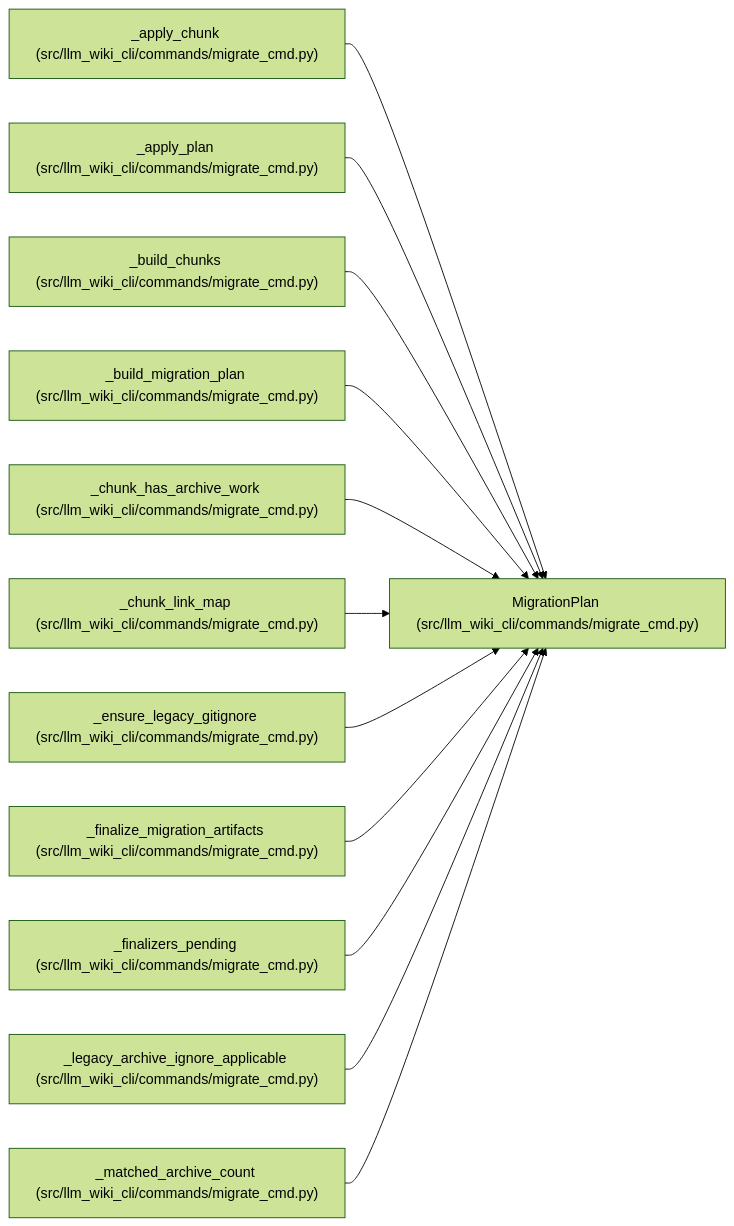
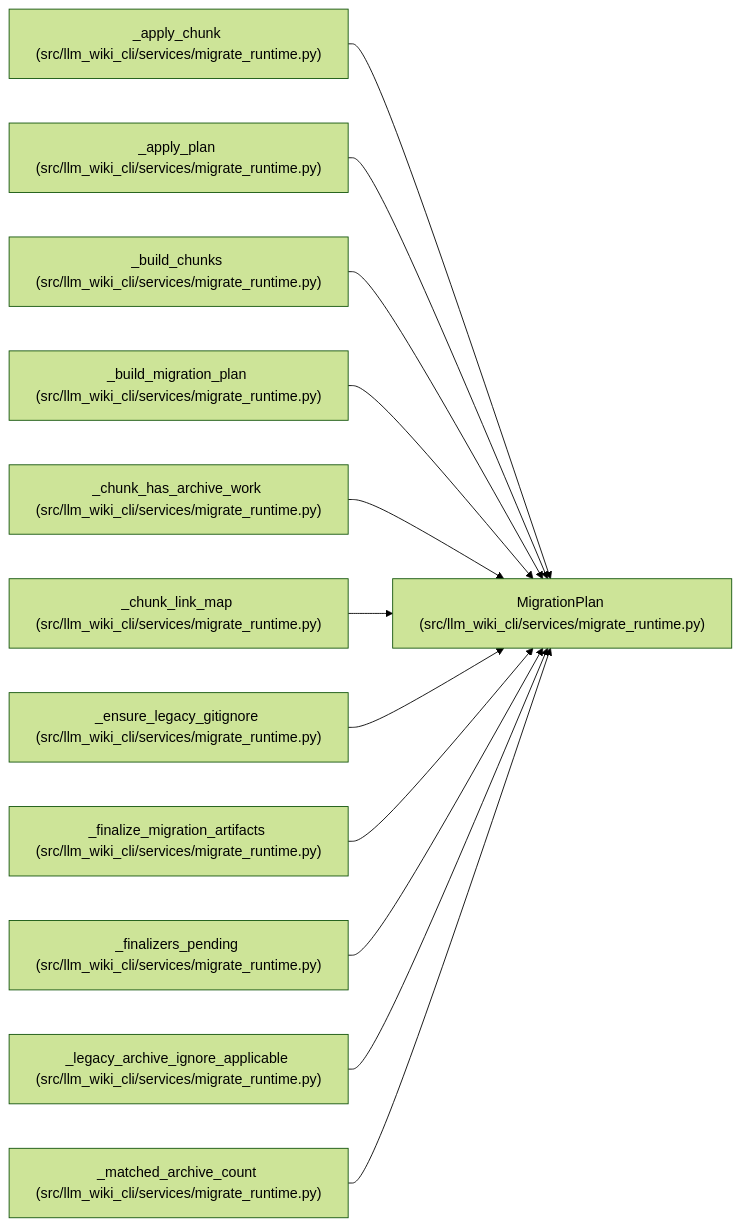
Before and after one commit to Denissvgn/python-wiki-llm: the diagram in docs/llm_wiki/entities/MigrationPlan.md, drawn with Mermaid (forest theme). The commit also changed other lines of this file and 1555 other files, not shown here.

````diff
--- a/docs/llm_wiki/entities/MigrationPlan.md
+++ b/docs/llm_wiki/entities/MigrationPlan.md
@@ -46,38 +46,38 @@
 ```mermaid
 flowchart LR
-    n0["MigrationPlan (src/llm_wiki_cli/commands/migrate_cmd.py)"]
-    n1["_apply_chunk (src/llm_wiki_cli/commands/migrate_cmd.py)"]
-    n2["_apply_plan (src/llm_wiki_cli/commands/migrate_cmd.py)"]
-    n3["_build_chunks (src/llm_wiki_cli/commands/migrate_cmd.py)"]
-    n4["_build_migration_plan (src/llm_wiki_cli/commands/migrate_cmd.py)"]
-    n5["_chunk_has_archive_work (src/llm_wiki_cli/commands/migrate_cmd.py)"]
-    n6["_chunk_link_map (src/llm_wiki_cli/commands/migrate_cmd.py)"]
-    n7["_ensure_legacy_gitignore (src/llm_wiki_cli/commands/migrate_cmd.py)"]
-    n8["_finalize_migration_artifacts (src/llm_wiki_cli/commands/migrate_cmd.py)"]
-    n9["_finalizers_pending (src/llm_wiki_cli/commands/migrate_cmd.py)"]
-    n10["_legacy_archive_ignore_applicable (src/llm_wiki_cli/commands/migrate_cmd.py)"]
-    n11["_matched_archive_count (src/llm_wiki_cli/commands/migrate_cmd.py)"]
+    n0["MigrationPlan (src/llm_wiki_cli/services/migrate_runtime.py)"]
+    n1["_apply_chunk (src/llm_wiki_cli/services/migrate_runtime.py)"]
+    n2["_apply_plan (src/llm_wiki_cli/services/migrate_runtime.py)"]
+    n3["_build_chunks (src/llm_wiki_cli/services/migrate_runtime.py)"]
+    n4["_build_migration_plan (src/llm_wiki_cli/services/migrate_runtime.py)"]
+    n5["_chunk_has_archive_work (src/llm_wiki_cli/services/migrate_runtime.py)"]
+    n6["_chunk_link_map (src/llm_wiki_cli/services/migrate_runtime.py)"]
+    n7["_ensure_legacy_gitignore (src/llm_wiki_cli/services/migrate_runtime.py)"]
+    n8["_finalize_migration_artifacts (src/llm_wiki_cli/services/migrate_runtime.py)"]
+    n9["_finalizers_pending (src/llm_wiki_cli/services/migrate_runtime.py)"]
+    n10["_legacy_archive_ignore_applicable (src/llm_wiki_cli/services/migrate_runtime.py)"]
+    n11["_matched_archive_count (src/llm_wiki_cli/services/migrate_runtime.py)"]
     n1 --> n0
     n2 --> n0
     n3 --> n0
     n4 --> n0
     n5 --> n0
     n6 --> n0
     n7 --> n0
     n8 --> n0
     n9 --> n0
     n10 --> n0
     n11 --> n0
-    click n0 "../modules/migrate_cmd.md"
-    click n1 "../modules/migrate_cmd.md"
-    click n2 "../modules/migrate_cmd.md"
-    click n3 "../modules/migrate_cmd.md"
-    click n4 "../modules/migrate_cmd.md"
-    click n5 "../modules/migrate_cmd.md"
-    click n6 "../modules/migrate_cmd.md"
-    click n7 "../modules/migrate_cmd.md"
-    click n8 "../modules/migrate_cmd.md"
-    click n9 "../modules/migrate_cmd.md"
-    click n10 "../modules/migrate_cmd.md"
-    click n11 "../modules/migrate_cmd.md"
+    click n0 "../modules/migrate_runtime.md"
+    click n1 "../modules/migrate_runtime.md"
+    click n2 "../modules/migrate_runtime.md"
+    click n3 "../modules/migrate_runtime.md"
+    click n4 "../modules/migrate_runtime.md"
+    click n5 "../modules/migrate_runtime.md"
+    click n6 "../modules/migrate_runtime.md"
+    click n7 "../modules/migrate_runtime.md"
+    click n8 "../modules/migrate_runtime.md"
+    click n9 "../modules/migrate_runtime.md"
+    click n10 "../modules/migrate_runtime.md"
+    click n11 "../modules/migrate_runtime.md"
 ```
````
